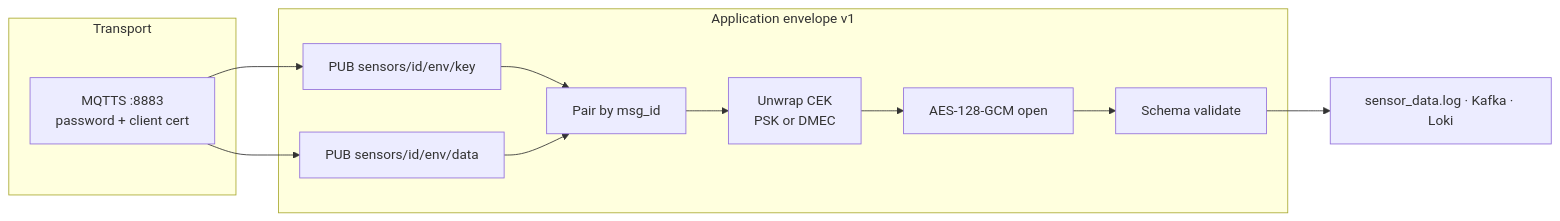
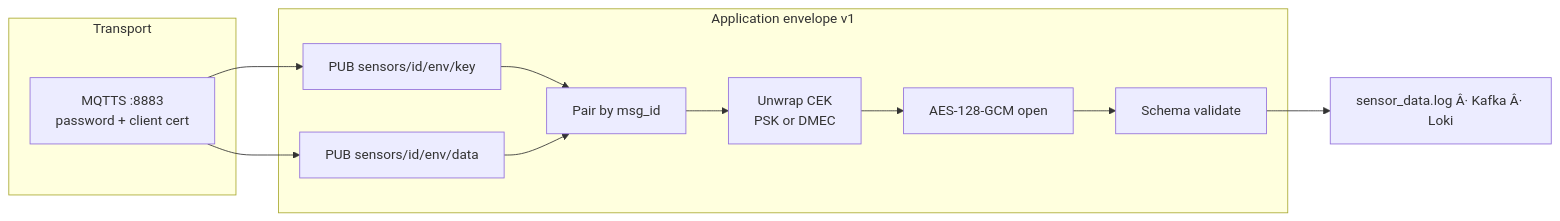
The fifth of 8 diagrams in docs/architecture.md (ngmibach/iot-gateway), drawn with Mermaid before and after one commit. The commit also changed other lines of this file and 5 other files, not shown here.

````diff
--- a/docs/architecture.md
+++ b/docs/architecture.md
@@ -135,24 +135,24 @@
 ```mermaid
 flowchart LR
   subgraph Transport["Transport"]
     TLS["MQTTS :8883\npassword + client cert"]
   end
 
   subgraph App["Application envelope v1"]
     KEY["PUB sensors/id/env/key"]
     DATA["PUB sensors/id/env/data"]
     PAIR["Pair by msg_id"]
     UNWRAP["Unwrap CEK\nPSK or DMEC"]
     GCM["AES-128-GCM open"]
     SCHEMA["Schema validate"]
   end
 
   TLS --> KEY
   TLS --> DATA
   KEY --> PAIR
   DATA --> PAIR
   PAIR --> UNWRAP
   UNWRAP --> GCM
   GCM --> SCHEMA
-  SCHEMA --> OUT["sensor_data.log · Kafka · Loki"]
+  SCHEMA --> OUT["sensor_data.log Â· Kafka Â· Loki"]
 ```
````
